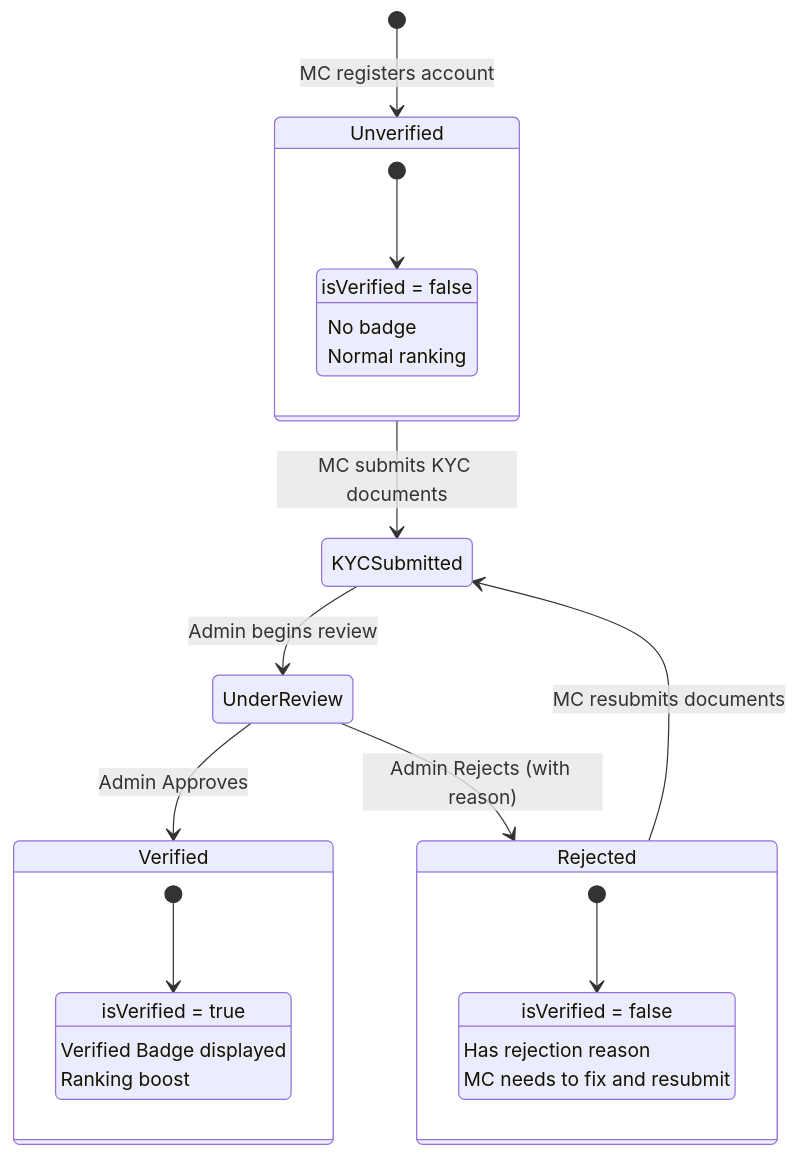
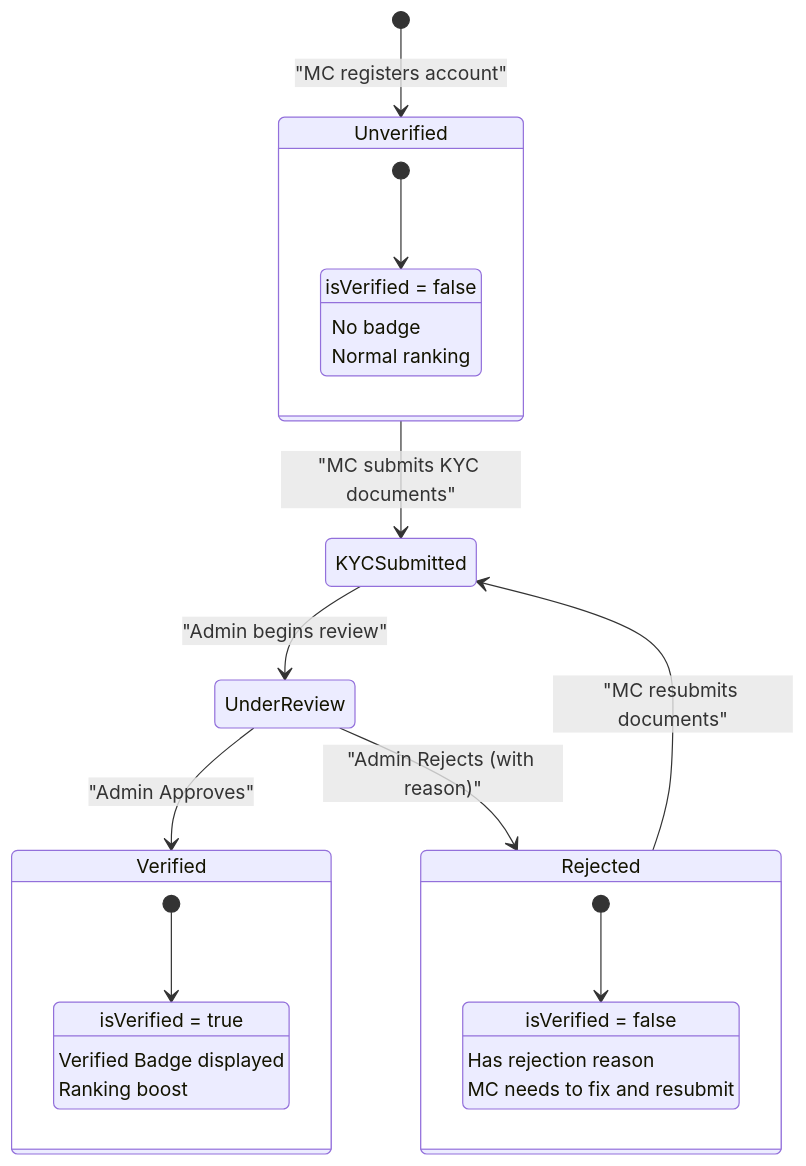
Before and after one commit to dat-21/SWD392: diagram 38 of 51 in UC_Diagrams_EN.md, drawn with Mermaid. The commit also changed other lines of this file and 2 other files, not shown here.

Commit message:
style: Standardize Mermaid state diagram transition label formatting by adding quotes and a space before the colon.

````diff
--- a/UC_Diagrams_EN.md
+++ b/UC_Diagrams_EN.md
@@ -1446,31 +1446,31 @@
 ```mermaid
 stateDiagram-v2
-    [*] --> Unverified: MC registers account
-
-    Unverified --> KYCSubmitted: MC submits KYC documents
-    KYCSubmitted --> UnderReview: Admin begins review
-    UnderReview --> Verified: Admin Approves
-    UnderReview --> Rejected: Admin Rejects (with reason)
-    Rejected --> KYCSubmitted: MC resubmits documents
+    [*] --> Unverified : "MC registers account"
+    
+    Unverified --> KYCSubmitted : "MC submits KYC documents"
+    KYCSubmitted --> UnderReview : "Admin begins review"
+    UnderReview --> Verified : "Admin Approves"
+    UnderReview --> Rejected : "Admin Rejects (with reason)"
+    Rejected --> KYCSubmitted : "MC resubmits documents"
     
     state Unverified {
         [*] --> NoVerifiedBadge
         NoVerifiedBadge: isVerified = false
         NoVerifiedBadge: No badge
         NoVerifiedBadge: Normal ranking
     }
     
     state Verified {
         [*] --> HasVerifiedBadge
         HasVerifiedBadge: isVerified = true
         HasVerifiedBadge: Verified Badge displayed
         HasVerifiedBadge: Ranking boost
     }
     
     state Rejected {
         [*] --> NeedResubmit
         NeedResubmit: isVerified = false
         NeedResubmit: Has rejection reason
         NeedResubmit: MC needs to fix and resubmit
     }
 ```
````
